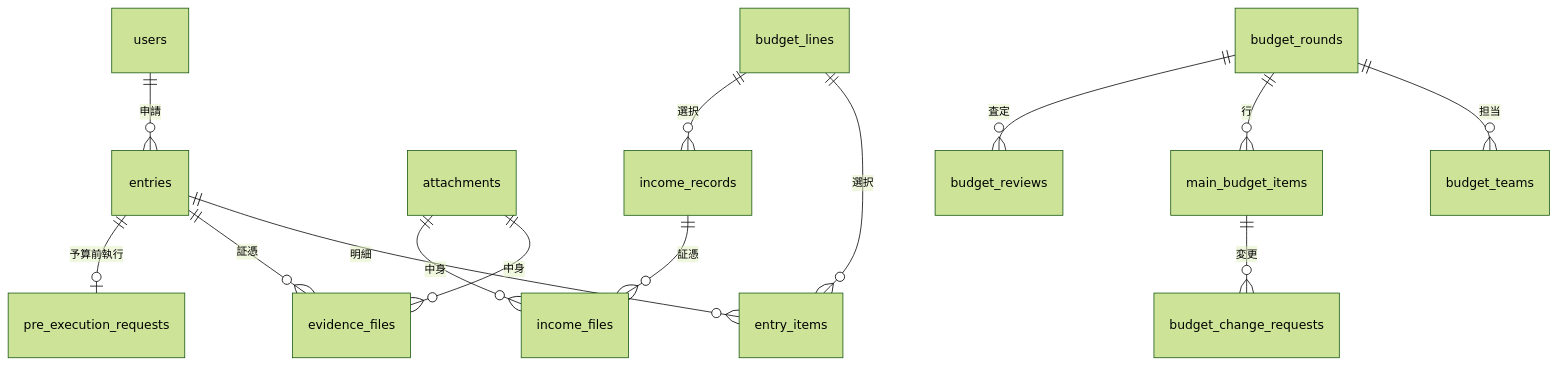
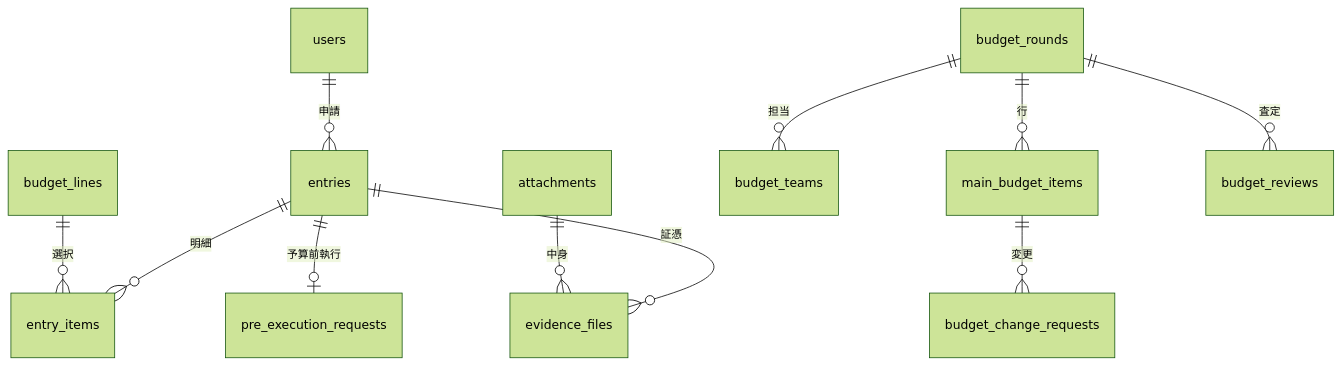
Before and after one commit to Kota-Ohira17/expenditure: diagram 12 of 18 in docs/仕様書.md, drawn with Mermaid (forest theme). The commit also changed other lines of this file and 27 other files, not shown here.

````diff
--- a/docs/仕様書.md
+++ b/docs/仕様書.md
@@ -1110,16 +1111,13 @@
 ```mermaid
 erDiagram
     users ||--o{ entries : "申請"
     entries ||--o{ entry_items : "明細"
     budget_lines ||--o{ entry_items : "選択"
     entries ||--o{ evidence_files : "証憑"
     attachments ||--o{ evidence_files : "中身"
-    budget_lines ||--o{ income_records : "選択"
-    income_records ||--o{ income_files : "証憑"
-    attachments ||--o{ income_files : "中身"
     budget_rounds ||--o{ budget_teams : "担当"
     budget_rounds ||--o{ main_budget_items : "行"
     budget_rounds ||--o{ budget_reviews : "査定"
     main_budget_items ||--o{ budget_change_requests : "変更"
     entries ||--o| pre_execution_requests : "予算前執行"
 ```
````
